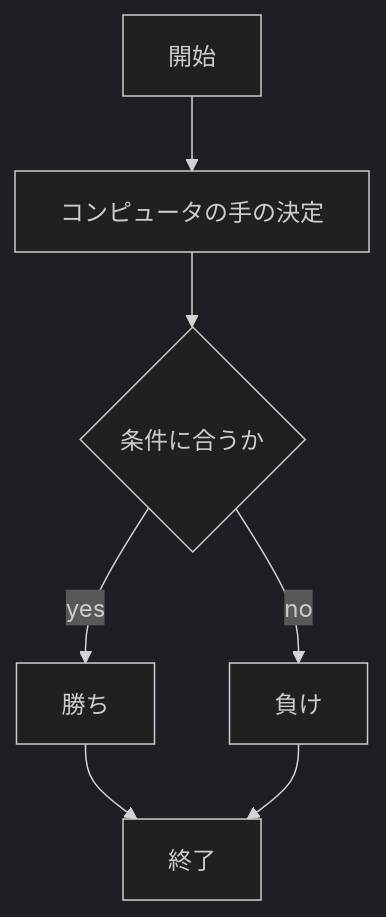
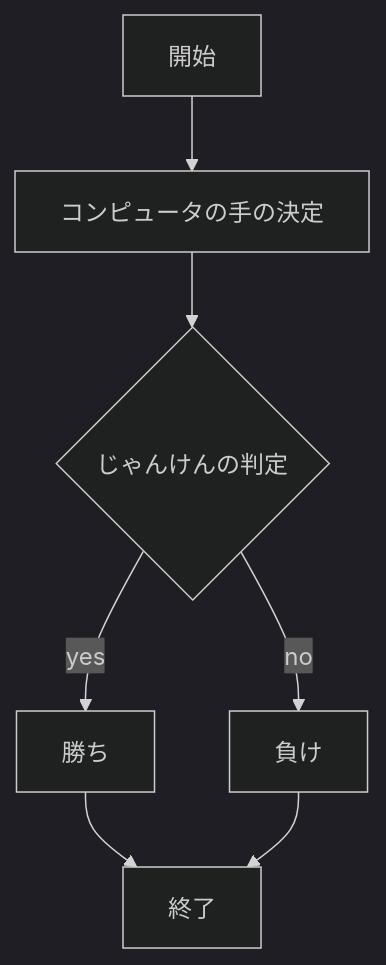
Before and after one commit to yuta0928/webpro_06: the diagram in README.md, drawn with Mermaid (dark theme).

````diff
--- a/README.md
+++ b/README.md
@@ -60,17 +60,17 @@
 ```mermaid
 flowchart TD;
 
 start["開始"];
 end1["終了"]
 one["コンピュータの手の決定"]
-if{"条件に合うか"}
+if{"じゃんけんの判定"}
 win["勝ち"]
 loose["負け"]
 
 start --> one
 one --> if
 if -->|yes| win
 win --> end1
 if -->|no| loose
 loose --> end1
 ```
````
